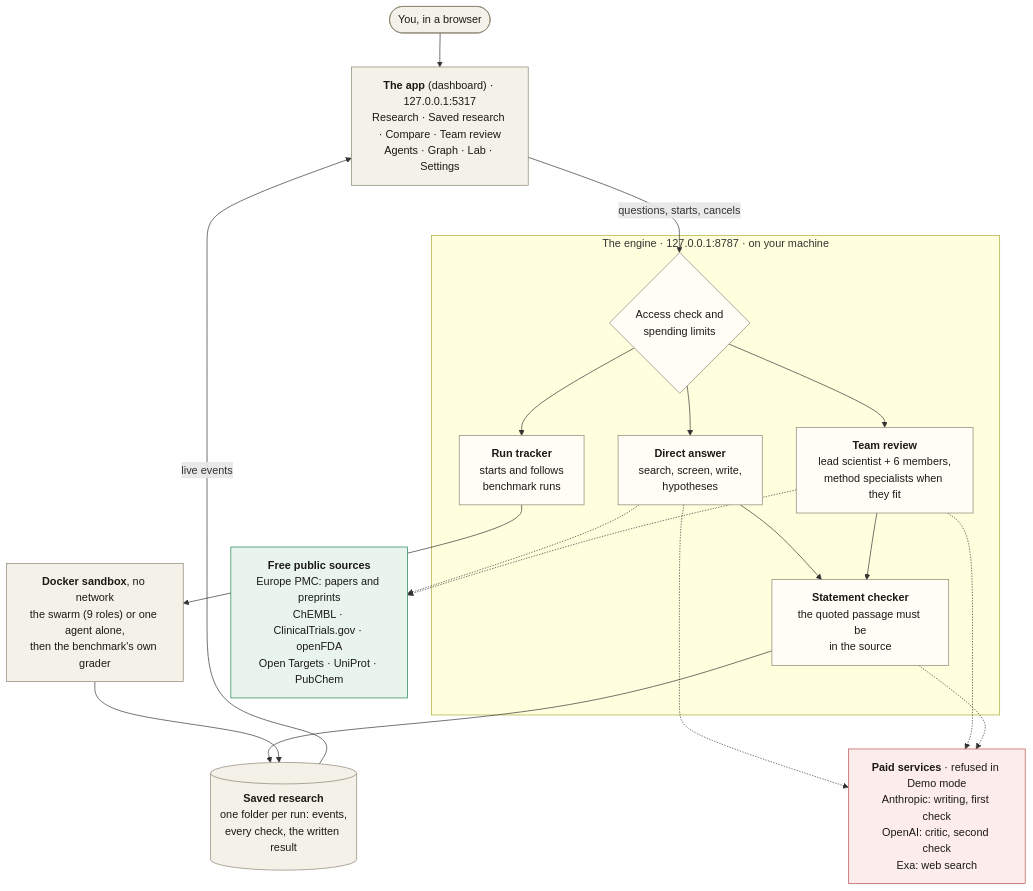
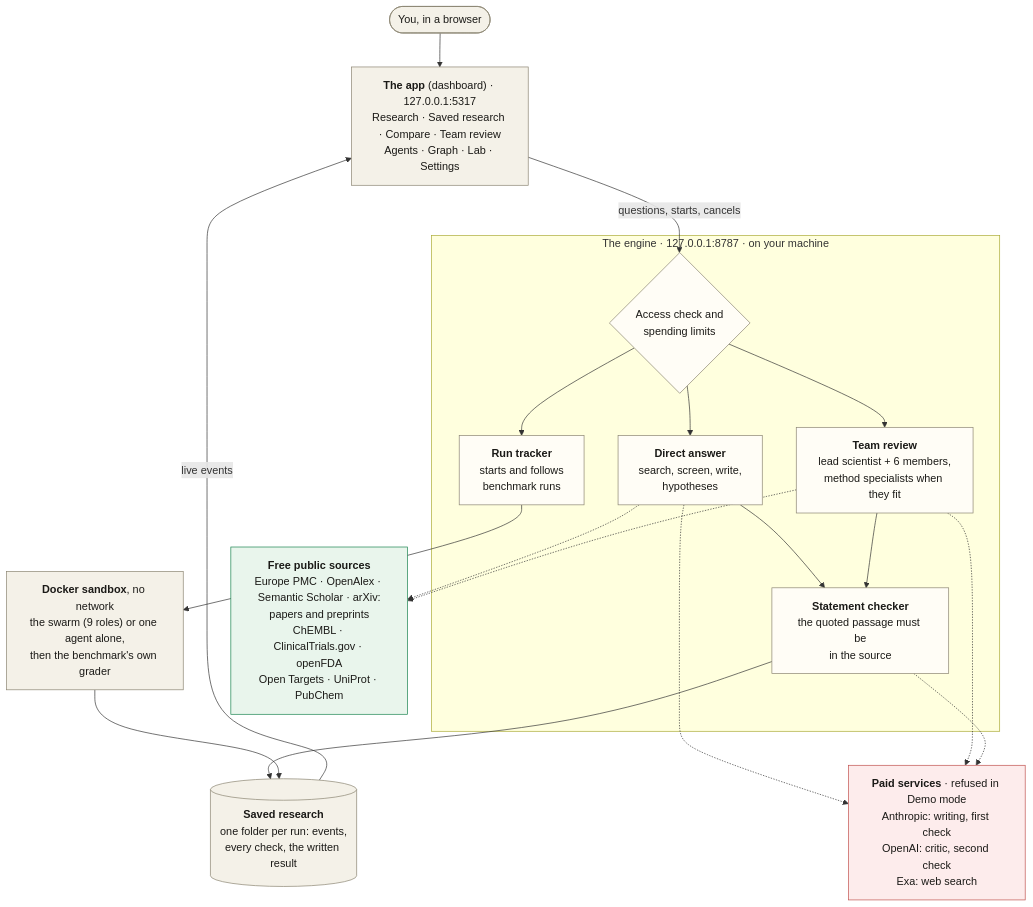
Before and after one commit to itsbrendandang/agent-test: the diagram in README.md, drawn with Mermaid. The commit also changed other lines of this file and 15 other files, not shown here.

First line of the commit message:
Research answers: search OpenAlex, Semantic Scholar and arXiv beside Europe PMC

````diff
--- a/README.md
+++ b/README.md
@@ -348,44 +353,44 @@
 ```mermaid
 flowchart TB
     you(["You, in a browser"])
     app["<b>The app</b> (dashboard) · 127.0.0.1:5317<br/>Research · Saved research · Compare · Team review<br/>Agents · Graph · Lab · Settings"]
 
     subgraph engine["The engine · 127.0.0.1:8787 · on your machine"]
         gate{"Access check and<br/>spending limits"}
         answer["<b>Direct answer</b><br/>search, screen, write,<br/>hypotheses"]
         board["<b>Team review</b><br/>lead scientist + 6 members,<br/>method specialists when they fit"]
         tracker["<b>Run tracker</b><br/>starts and follows<br/>benchmark runs"]
         check["<b>Statement checker</b><br/>the quoted passage must be<br/>in the source"]
     end
 
     sandbox["<b>Docker sandbox</b>, no network<br/>the swarm (9 roles) or one agent alone,<br/>then the benchmark's own grader"]
     store[("<b>Saved research</b><br/>one folder per run: events,<br/>every check, the written result")]
     paid["<b>Paid services</b> · refused in Demo mode<br/>Anthropic: writing, first check<br/>OpenAI: critic, second check<br/>Exa: web search"]
-    free["<b>Free public sources</b><br/>Europe PMC: papers and preprints<br/>ChEMBL · ClinicalTrials.gov · openFDA<br/>Open Targets · UniProt · PubChem"]
+    free["<b>Free public sources</b><br/>Europe PMC · OpenAlex · Semantic Scholar · arXiv:<br/>papers and preprints<br/>ChEMBL · ClinicalTrials.gov · openFDA<br/>Open Targets · UniProt · PubChem"]
 
     you --> app
     app -- "questions, starts, cancels" --> gate
     gate --> answer
     gate --> board
     gate --> tracker
     answer --> check
     board --> check
     tracker --> sandbox
     check --> store
     sandbox --> store
     store -- "live events" --> app
     answer -.-> free
     board -.-> free
     answer -.-> paid
     board -.-> paid
     check -.-> paid
 
     classDef local fill:#f4f1e8,stroke:#8a8371,color:#1b1a17
     classDef core fill:#fffdf6,stroke:#8a8371,color:#1b1a17
     classDef paidc fill:#fdecec,stroke:#c0504d,color:#1b1a17
     classDef freec fill:#e9f5ec,stroke:#17824d,color:#1b1a17
     class you,app,store,sandbox local
     class gate,answer,board,tracker,check core
     class paid paidc
     class free freec
 ```
````
